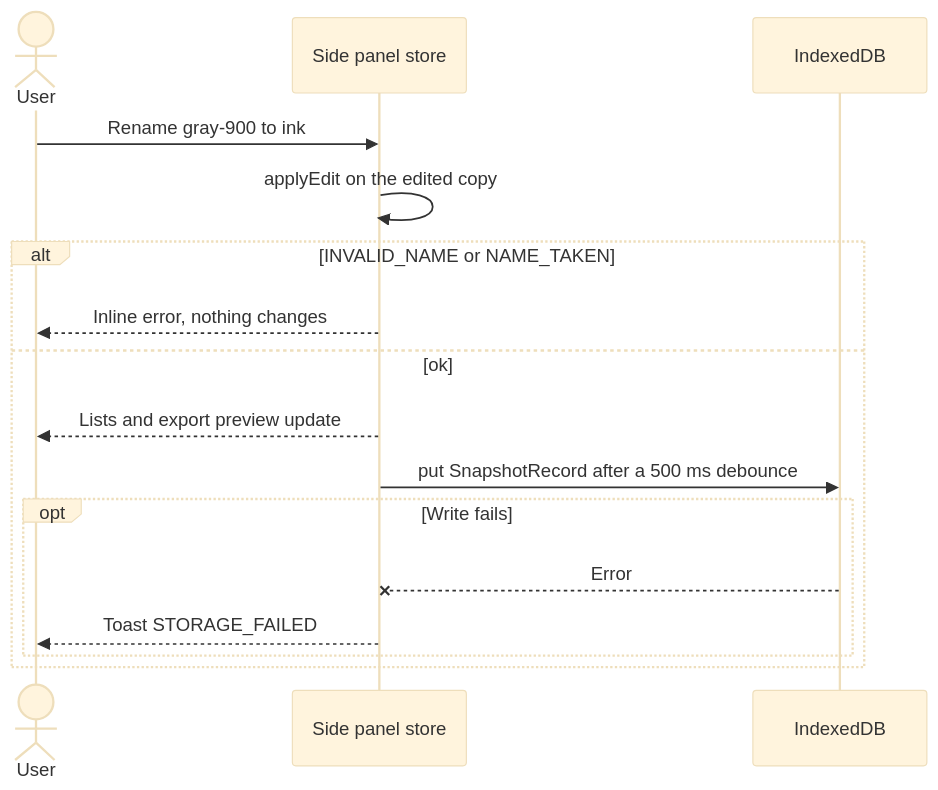
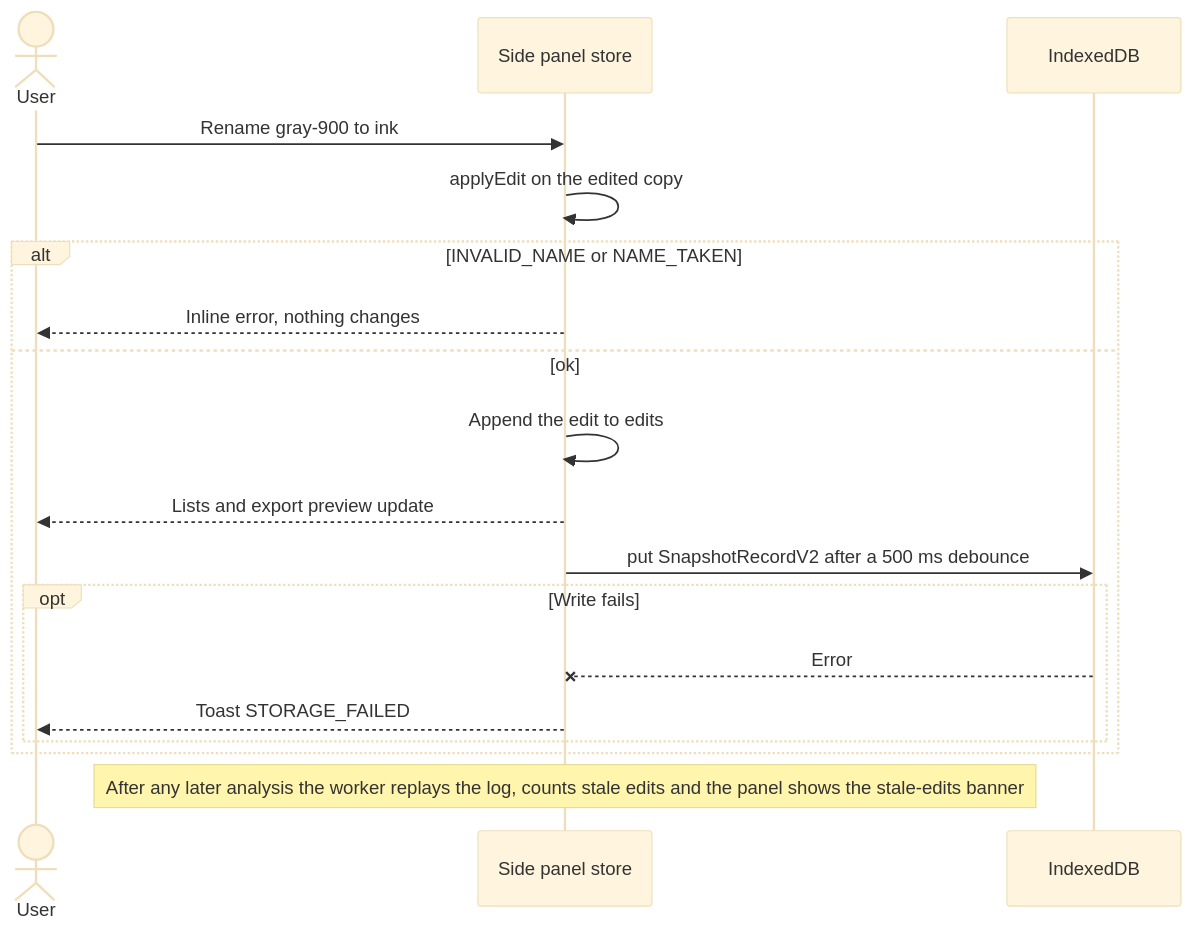
Before and after one commit to ankitmaurya-16/webstyle-extractor-for-ai-agents: the fifth of 13 diagrams in docs/sequences.md, drawn with Mermaid (base theme). The commit also changed other lines of this file and 14 other files, not shown here.

````diff
--- a/docs/sequences.md
+++ b/docs/sequences.md
@@ -111,18 +118,20 @@
 ```mermaid
 sequenceDiagram
   actor U as User
   participant P as Side panel store
   participant DB as IndexedDB
   U->>P: Rename gray-900 to ink
   P->>P: applyEdit on the edited copy
   alt INVALID_NAME or NAME_TAKEN
     P-->>U: Inline error, nothing changes
   else ok
+    P->>P: Append the edit to edits
     P-->>U: Lists and export preview update
-    P->>DB: put SnapshotRecord after a 500 ms debounce
+    P->>DB: put SnapshotRecordV2 after a 500 ms debounce
     opt Write fails
       DB--xP: Error
       P-->>U: Toast STORAGE_FAILED
     end
   end
+  Note over P: After any later analysis the worker replays the log, counts stale edits and the panel shows the stale-edits banner
 ```
````
